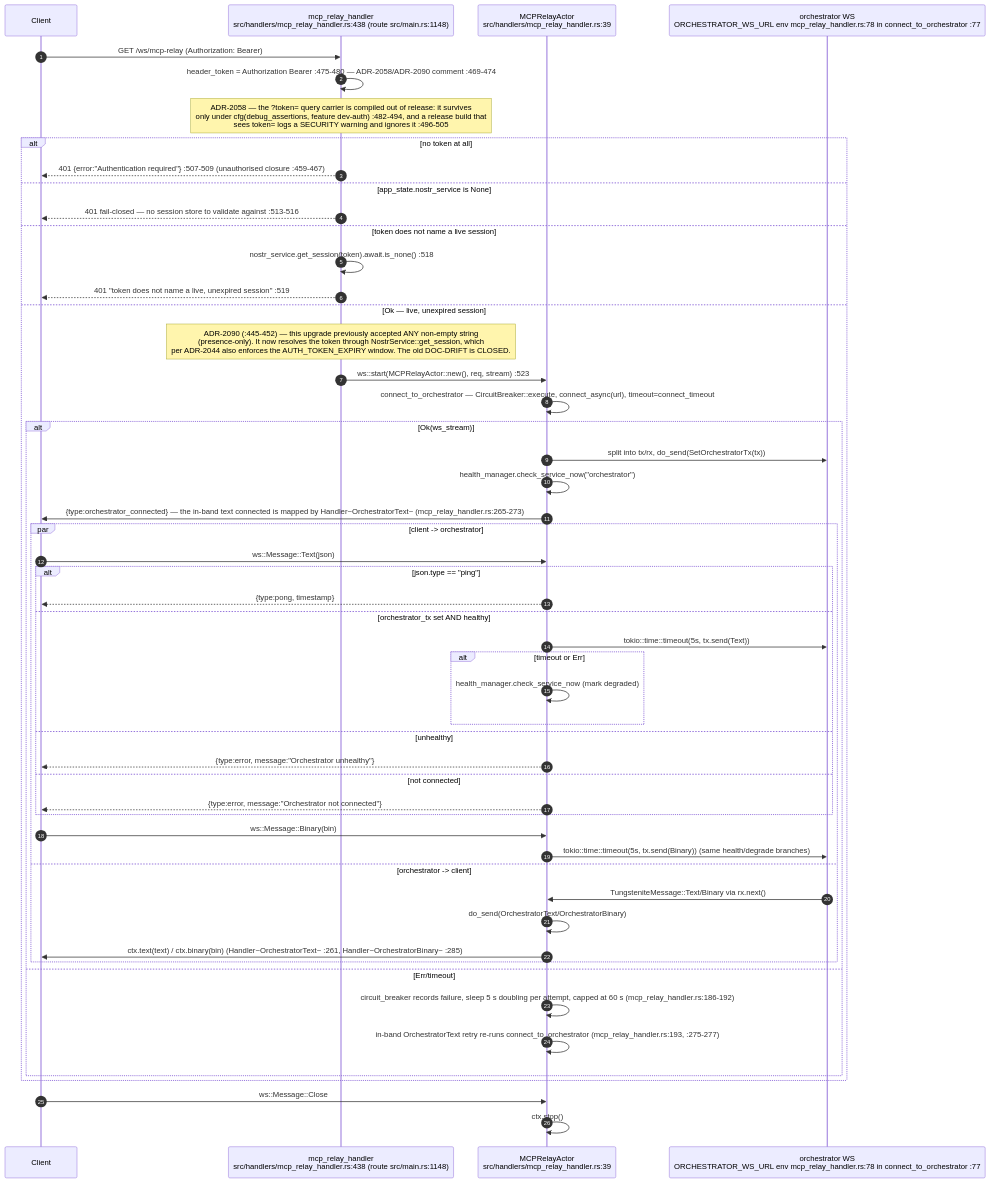
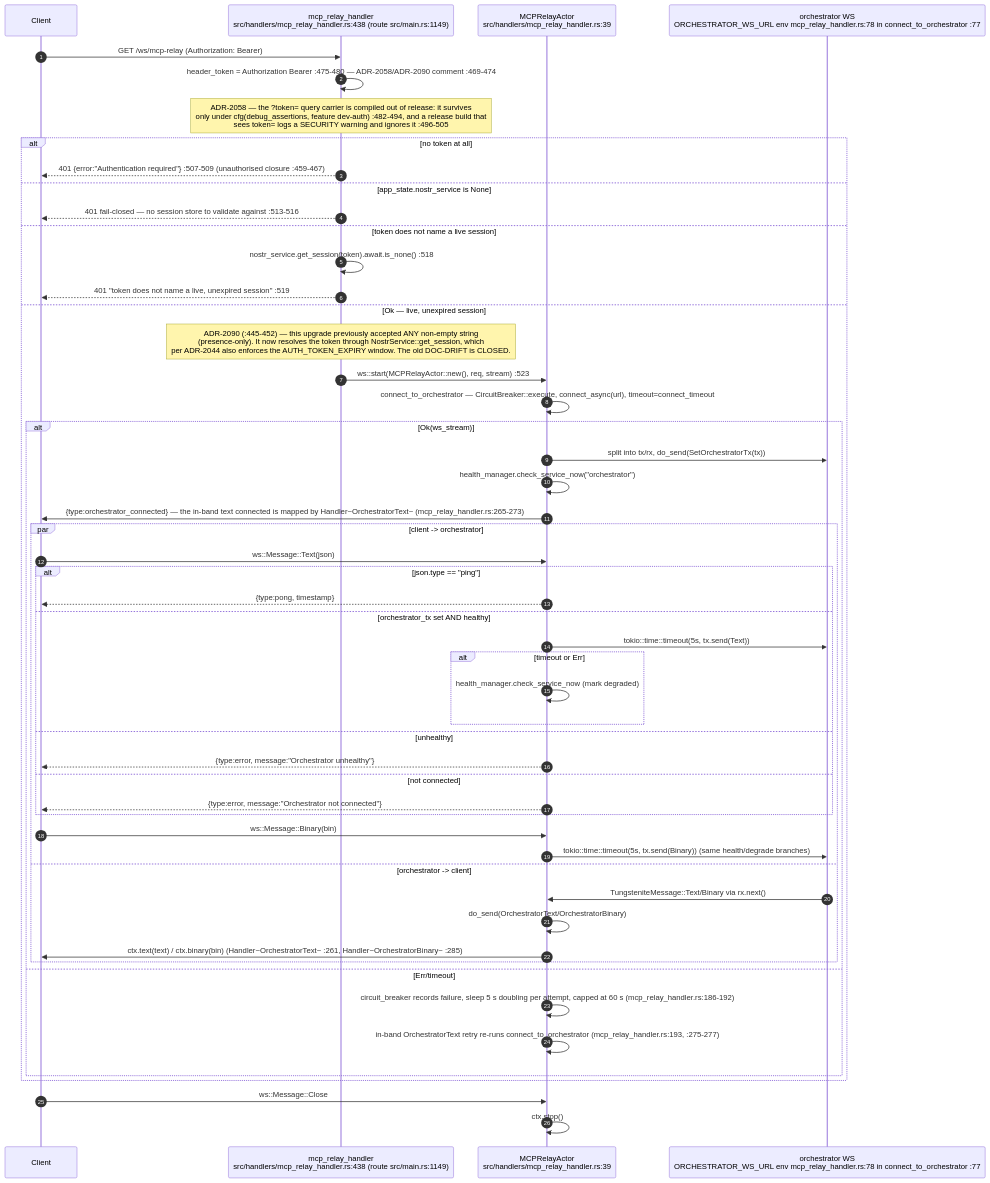
Before and after one commit to DreamLab-AI/VisionFlow: the tenth of 15 diagrams in docs/diagrams/visionclaw/05-handlers-governance-and-identity.md, drawn with Mermaid. The commit also changed other lines of this file and 49 other files, not shown here.

First line of the commit message:
docs(diagrams): re-derive and re-stamp VisionClaw, estate, knowledge-graph, visionGraph, VisionFlow and sidestr topics

````diff
--- a/docs/diagrams/visionclaw/05-handlers-governance-and-identity.md
+++ b/docs/diagrams/visionclaw/05-handlers-governance-and-identity.md
@@ -575,55 +576,55 @@
 ```mermaid
 sequenceDiagram
     autonumber
     participant C as Client
-    participant H as mcp_relay_handler<br/>src/handlers/mcp_relay_handler.rs:438 (route src/main.rs:1148)
+    participant H as mcp_relay_handler<br/>src/handlers/mcp_relay_handler.rs:438 (route src/main.rs:1149)
     participant A as MCPRelayActor<br/>src/handlers/mcp_relay_handler.rs:39
     participant O as orchestrator WS<br/>ORCHESTRATOR_WS_URL env mcp_relay_handler.rs:78 in connect_to_orchestrator :77
 
     C->>H: GET /ws/mcp-relay (Authorization: Bearer)
     H->>H: header_token = Authorization Bearer :475-480 — ADR-2058/ADR-2090 comment :469-474
     Note over H: ADR-2058 — the ?token= query carrier is compiled out of release: it survives<br/>only under cfg(debug_assertions, feature dev-auth) :482-494, and a release build that<br/>sees token= logs a SECURITY warning and ignores it :496-505
     alt no token at all
         H-->>C: 401 {error:"Authentication required"} :507-509 (unauthorised closure :459-467)
     else app_state.nostr_service is None
         H-->>C: 401 fail-closed — no session store to validate against :513-516
     else token does not name a live session
         H->>H: nostr_service.get_session(token).await.is_none() :518
         H-->>C: 401 "token does not name a live, unexpired session" :519
     else Ok — live, unexpired session
         Note over H: ADR-2090 (:445-452) — this upgrade previously accepted ANY non-empty string<br/>(presence-only). It now resolves the token through NostrService::get_session, which<br/>per ADR-2044 also enforces the AUTH_TOKEN_EXPIRY window. The old DOC-DRIFT is CLOSED.
         H->>A: ws::start(MCPRelayActor::new(), req, stream) :523
         A->>A: connect_to_orchestrator — CircuitBreaker::execute, connect_async(url), timeout=connect_timeout
         alt Ok(ws_stream)
             A->>O: split into tx/rx, do_send(SetOrchestratorTx(tx))
             A->>A: health_manager.check_service_now("orchestrator")
             A->>C: {type:orchestrator_connected} — the in-band text connected is mapped by Handler~OrchestratorText~ (mcp_relay_handler.rs:265-273)
             par client -> orchestrator
                 C->>A: ws::Message::Text(json)
                 alt json.type == "ping"
                     A-->>C: {type:pong, timestamp}
                 else orchestrator_tx set AND healthy
                     A->>O: tokio::time::timeout(5s, tx.send(Text))
                     alt timeout or Err
                         A->>A: health_manager.check_service_now (mark degraded)
                     end
                 else unhealthy
                     A-->>C: {type:error, message:"Orchestrator unhealthy"}
                 else not connected
                     A-->>C: {type:error, message:"Orchestrator not connected"}
                 end
                 C->>A: ws::Message::Binary(bin)
                 A->>O: tokio::time::timeout(5s, tx.send(Binary)) (same health/degrade branches)
             and orchestrator -> client
                 O->>A: TungsteniteMessage::Text/Binary via rx.next()
                 A->>A: do_send(OrchestratorText/OrchestratorBinary)
                 A->>C: ctx.text(text) / ctx.binary(bin) (Handler~OrchestratorText~ :261, Handler~OrchestratorBinary~ :285)
             end
         else Err/timeout
             A->>A: circuit_breaker records failure, sleep 5 s doubling per attempt, capped at 60 s (mcp_relay_handler.rs:186-192)
             A->>A: in-band OrchestratorText retry re-runs connect_to_orchestrator (mcp_relay_handler.rs:193, :275-277)
         end
     end
     C->>A: ws::Message::Close
     A->>A: ctx.stop()
 ```
````
